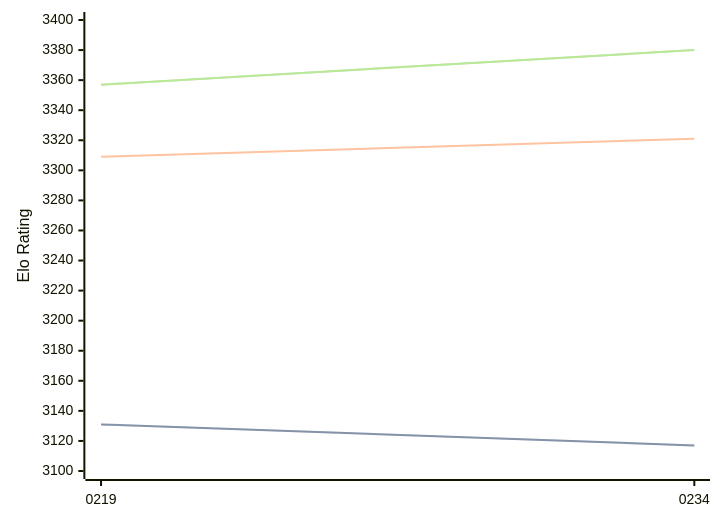
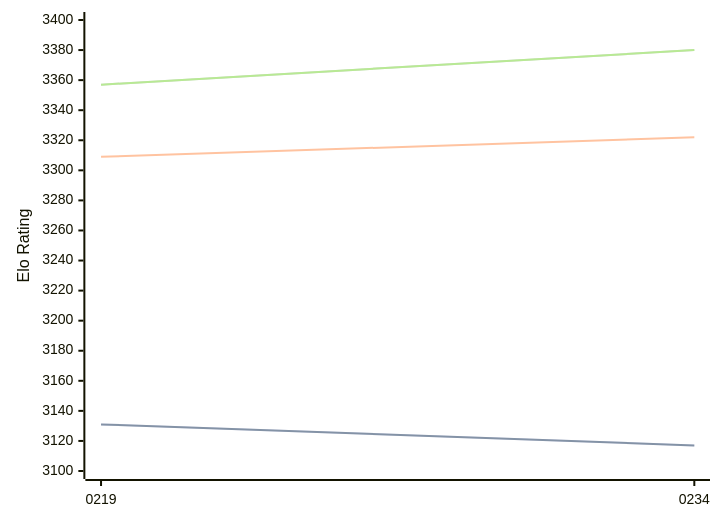
One commit to computer-chess-index/cci changed the first of 3 diagrams in engines/Ynode.md. Above: the diagram before and after it, drawn with Mermaid. The commit also changed other lines of this file, not shown here.

````diff
--- a/engines/Ynode.md
+++ b/engines/Ynode.md
@@ -39,11 +39,11 @@
 ```mermaid
 %%{init: {"theme":"base","themeVariables":{"seriesColors:['#a3a3a3','#222221','#faa371']}}}%%
 xychart-beta
   x-axis ["0219", "0234"]
   y-axis "Elo Rating" 3100 --> 3400
   line "STC (8.0+0.08s)" [3131, 3117]
   line "STC (8.0+0.08s)" [3131, 3117]
-  line "LTC (60.0+0.60s)" [3309, 3321]
+  line "LTC (60.0+0.60s)" [3309, 3322]
   line "VLTC (2m24s+1.12s)" [3357, 3380]
   line "VLTC (2m24s+1.12s)" [3357, 3380]
 ```
````
